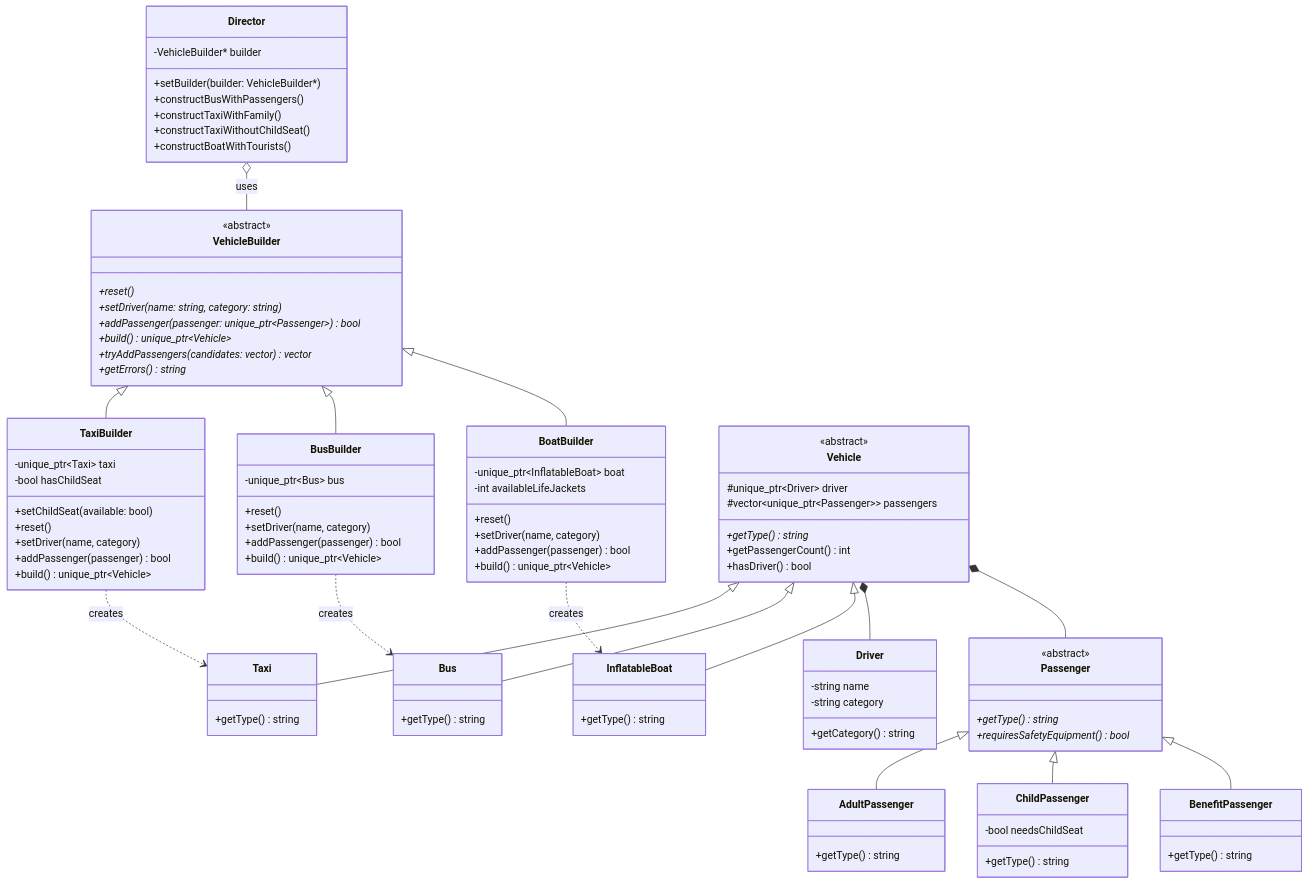
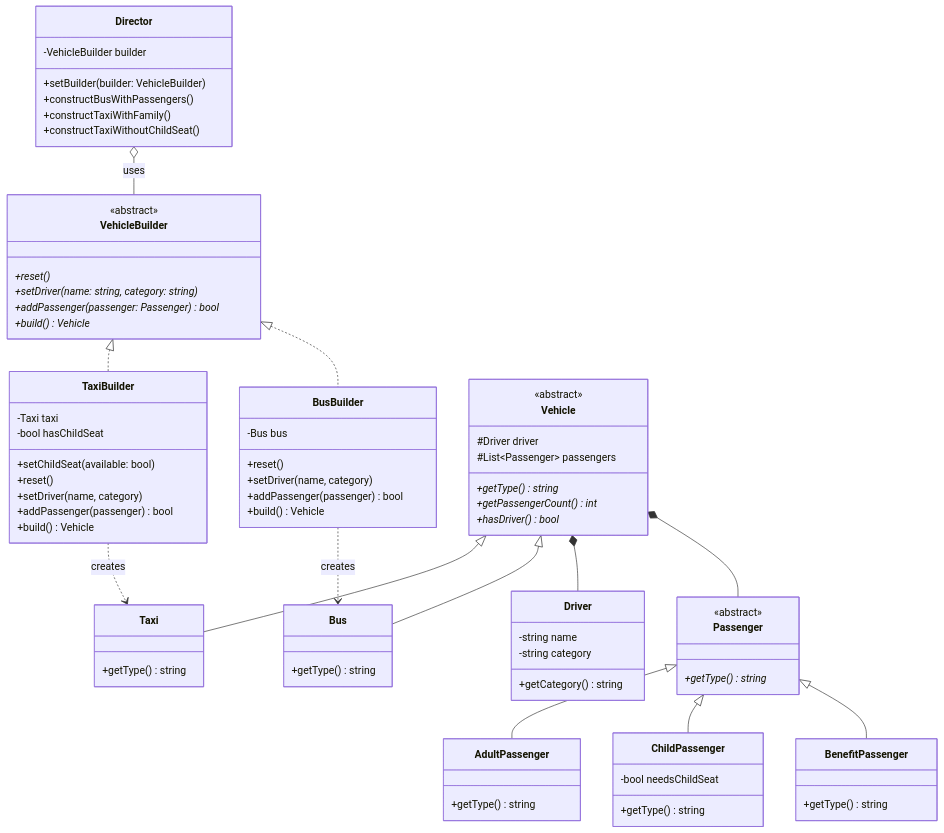
The first of 2 diagrams in software-architecture/lab-2/README.md (ivan-aleschin/uni), drawn with Mermaid before and after one commit. The commit also changed other lines of this file, not shown here.

````diff
--- a/software-architecture/lab-2/README.md
+++ b/software-architecture/lab-2/README.md
@@ -33,58 +48,46 @@
 ```mermaid
 classDiagram
     class Director {
-        -VehicleBuilder* builder
-        +setBuilder(builder: VehicleBuilder*)
+        -VehicleBuilder builder
+        +setBuilder(builder: VehicleBuilder)
         +constructBusWithPassengers()
         +constructTaxiWithFamily()
         +constructTaxiWithoutChildSeat()
-        +constructBoatWithTourists()
     }
 
     class VehicleBuilder {
         <<abstract>>
         +reset()*
         +setDriver(name: string, category: string)*
-        +addPassenger(passenger: unique_ptr~Passenger~)* bool
-        +build()* unique_ptr~Vehicle~
-        +tryAddPassengers(candidates: vector)* vector
-        +getErrors()* string
+        +addPassenger(passenger: Passenger)* bool
+        +build()* Vehicle
     }
 
     class TaxiBuilder {
-        -unique_ptr~Taxi~ taxi
+        -Taxi taxi
         -bool hasChildSeat
         +setChildSeat(available: bool)
         +reset()
         +setDriver(name, category)
         +addPassenger(passenger) bool
-        +build() unique_ptr~Vehicle~
+        +build() Vehicle
     }
 
     class BusBuilder {
-        -unique_ptr~Bus~ bus
+        -Bus bus
         +reset()
         +setDriver(name, category)
         +addPassenger(passenger) bool
-        +build() unique_ptr~Vehicle~
-    }
-
-    class BoatBuilder {
-        -unique_ptr~InflatableBoat~ boat
-        -int availableLifeJackets
-        +reset()
-        +setDriver(name, category)
-        +addPassenger(passenger) bool
-        +build() unique_ptr~Vehicle~
+        +build() Vehicle
     }
 
     class Vehicle {
         <<abstract>>
-        #unique_ptr~Driver~ driver
-        #vector~unique_ptr~Passenger~~ passengers
+        #Driver driver
+        #List~Passenger~ passengers
         +getType()* string
-        +getPassengerCount() int
-        +hasDriver() bool
+        +getPassengerCount()* int
+        +hasDriver()* bool
     }
 
     class Taxi {
@@ -92,10 +95,6 @@
     }
 
     class Bus {
-        +getType() string
-    }
-
-    class InflatableBoat {
         +getType() string
     }
     
@@ -108,7 +107,6 @@
     class Passenger {
         <<abstract>>
         +getType()* string
-        +requiresSafetyEquipment()* bool
     }
     class AdultPassenger {
         +getType() string
@@ -122,17 +120,14 @@
     }
 
     Director o-- VehicleBuilder : uses
-    VehicleBuilder <|-- TaxiBuilder
-    VehicleBuilder <|-- BusBuilder
-    VehicleBuilder <|-- BoatBuilder
+    VehicleBuilder <|.. TaxiBuilder
+    VehicleBuilder <|.. BusBuilder
     
     Vehicle <|-- Taxi
     Vehicle <|-- Bus
-    Vehicle <|-- InflatableBoat
     
     TaxiBuilder ..> Taxi : creates
     BusBuilder ..> Bus : creates
-    BoatBuilder ..> InflatableBoat : creates
 
     Passenger <|-- AdultPassenger
     Passenger <|-- ChildPassenger
````
